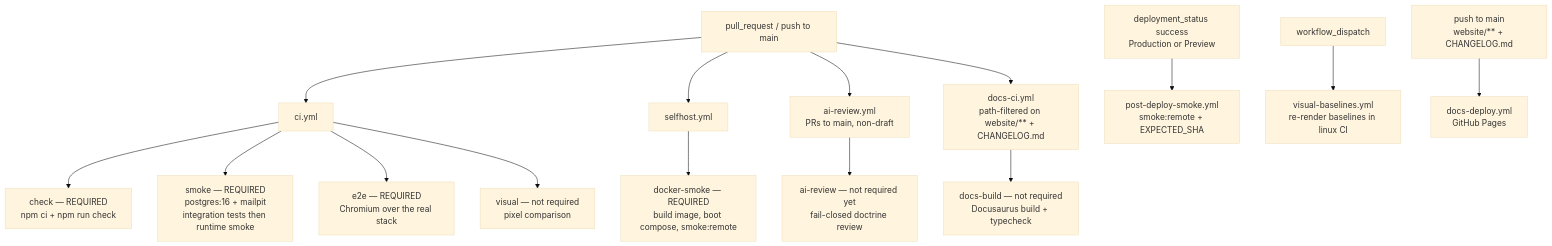
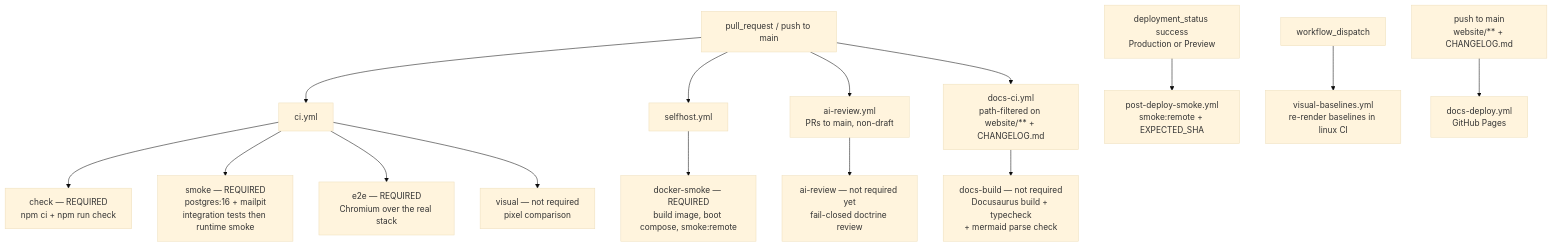
One commit to chomamateusz/agentproofarch changed the first of 2 diagrams in website/docs/operations/ci-gates.md. Above: the diagram before and after it, drawn with Mermaid (base theme). The commit also changed other lines of this file and 32 other files, not shown here.

````diff
--- a/website/docs/operations/ci-gates.md
+++ b/website/docs/operations/ci-gates.md
@@ -17,19 +17,19 @@
 ```mermaid
 flowchart TD
     pr["pull_request / push to main"] --> ci["ci.yml"]
     pr --> sh["selfhost.yml"]
     pr --> ai["ai-review.yml<br/>PRs to main, non-draft"]
     pr --> dci["docs-ci.yml<br/>path-filtered on website/** + CHANGELOG.md"]
 
     ci --> check["check — REQUIRED<br/>npm ci + npm run check"]
     ci --> smoke["smoke — REQUIRED<br/>postgres:16 + mailpit<br/>integration tests then runtime smoke"]
     ci --> e2e["e2e — REQUIRED<br/>Chromium over the real stack"]
     ci --> visual["visual — not required<br/>pixel comparison"]
     sh --> docker["docker-smoke — REQUIRED<br/>build image, boot compose, smoke:remote"]
     ai --> aireview["ai-review — not required yet<br/>fail-closed doctrine review"]
-    dci --> docsbuild["docs-build — not required<br/>Docusaurus build + typecheck"]
+    dci --> docsbuild["docs-build — not required<br/>Docusaurus build + typecheck<br/>+ mermaid parse check"]
 
     deploy["deployment_status success<br/>Production or Preview"] --> pds["post-deploy-smoke.yml<br/>smoke:remote + EXPECTED_SHA"]
     dispatch["workflow_dispatch"] --> vb["visual-baselines.yml<br/>re-render baselines in linux CI"]
     pushmain["push to main<br/>website/** + CHANGELOG.md"] --> dd["docs-deploy.yml<br/>GitHub Pages"]
 ```
````
